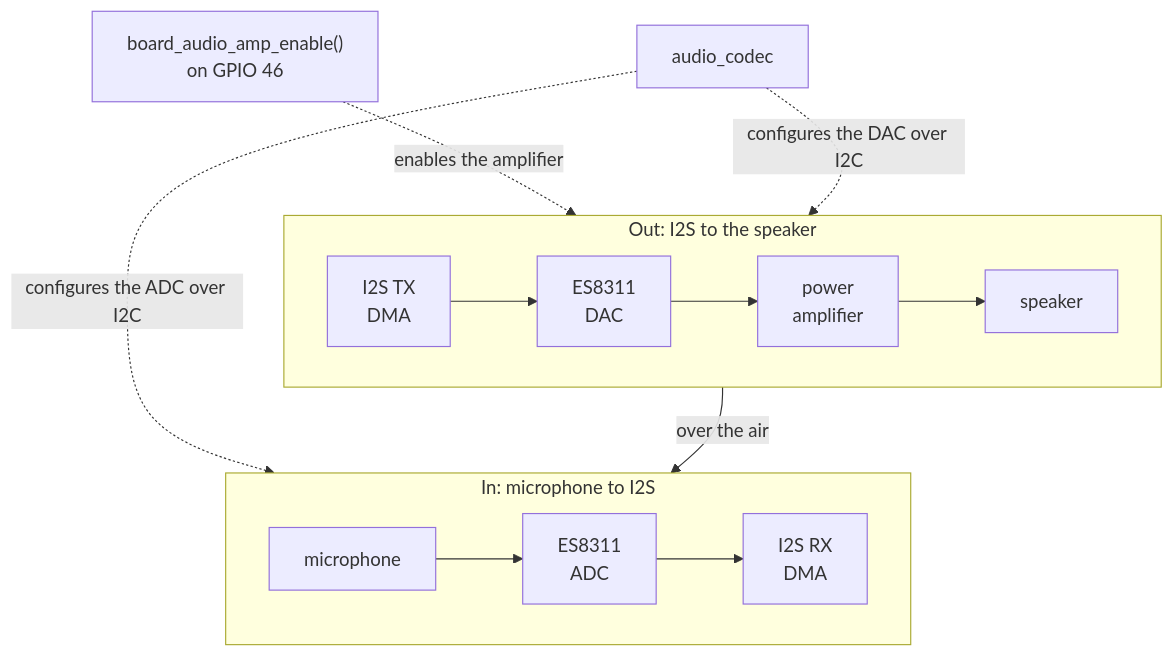
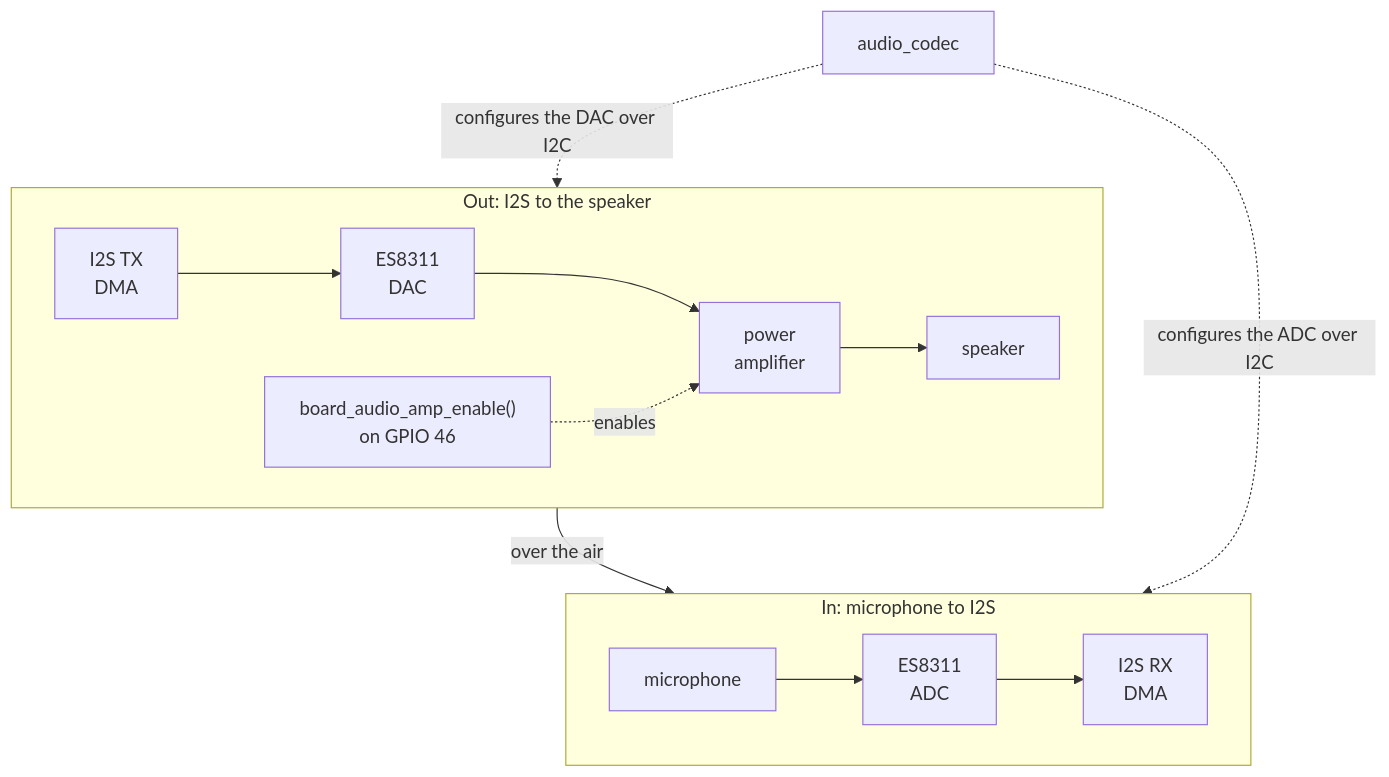
One commit to jose-villegas/autana changed the second of 2 diagrams in docs/audio/Audio-Path.md. Above: the diagram before and after it, drawn with Mermaid. The commit also changed 1 other file, not shown here.

Commit message:
docs: audio diagrams link whole rows, so GitHub keeps them horizontal (autana-cvt.4)
Mermaid drops a subgraph's direction when a node inside it links to a node
outside, which GitHub's renderer does, so both two-row diagrams rendered as
tall columns there. Each row now links to the next only as a whole.

````diff
--- a/docs/audio/Audio-Path.md
+++ b/docs/audio/Audio-Path.md
@@ -39,15 +39,15 @@
 ```mermaid
 flowchart TB
     subgraph Play["Out: I2S to the speaker"]
         direction LR
         Tx["I2S TX<br/>DMA"] --> Dac["ES8311<br/>DAC"] --> Amp["power<br/>amplifier"] --> Speaker["speaker"]
+        Enable["board_audio_amp_enable()<br/>on GPIO 46"] -. enables .-> Amp
     end
     subgraph Capture["In: microphone to I2S"]
         direction LR
         Mic["microphone"] --> Adc["ES8311<br/>ADC"] --> Rx["I2S RX<br/>DMA"]
     end
-    Speaker -->|over the air| Mic
-    Enable["board_audio_amp_enable()<br/>on GPIO 46"] -. enables the amplifier .-> Amp
-    Codec["audio_codec"] -. configures the DAC over I2C .-> Dac
-    Codec -. configures the ADC over I2C .-> Adc
+    Codec["audio_codec"] -. configures the DAC over I2C .-> Play
+    Play -->|over the air| Capture
+    Codec -. configures the ADC over I2C .-> Capture
 ```
````
